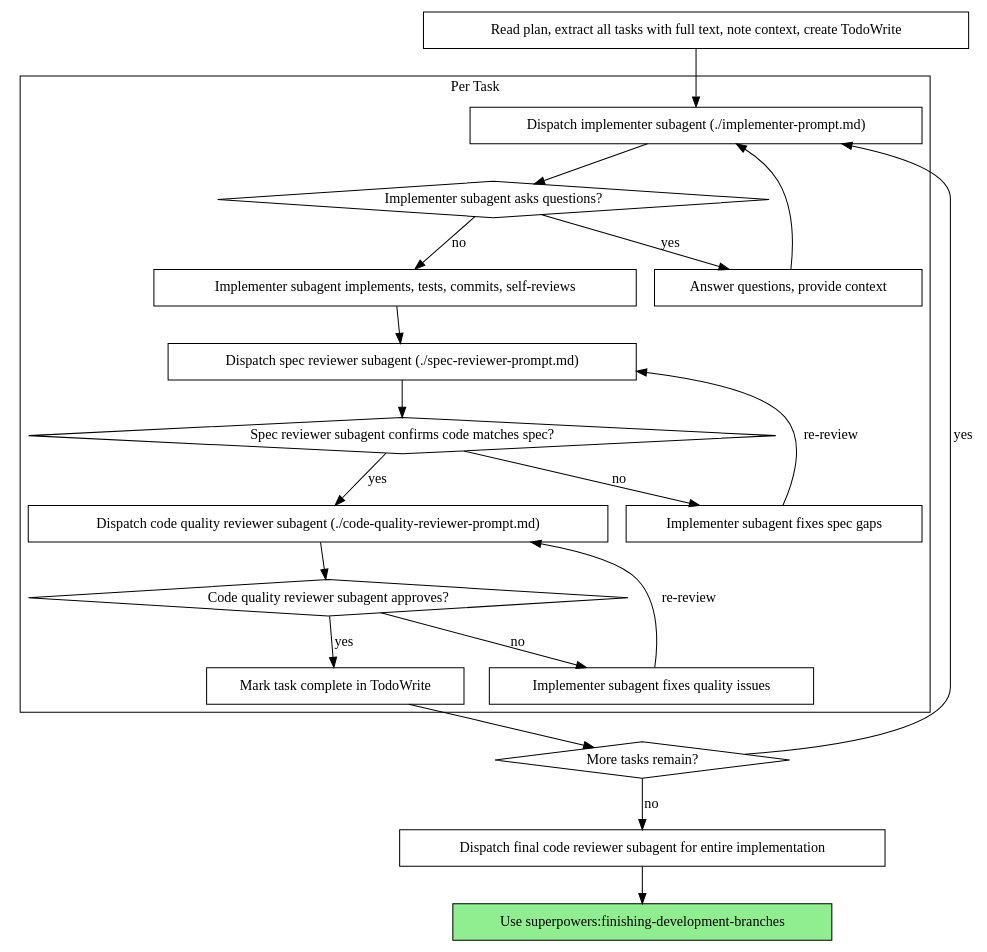
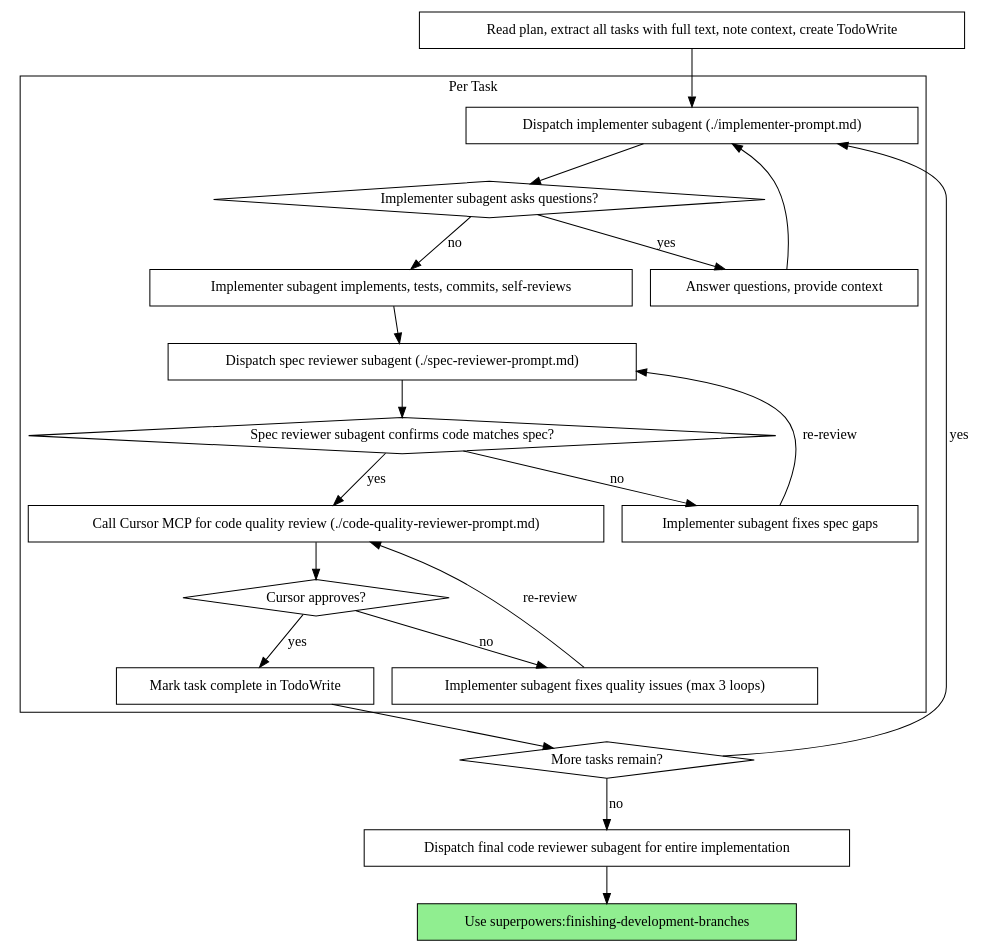
Before and after one commit to sitien173/refract: the second of 2 diagrams in plugin/skills/developing-with-subagents/SKILL.md, drawn with Graphviz. The commit also changed other lines of this file and 12 other files, not shown here.

First line of the commit message:
feat: integrate Cursor as universal code quality layer

````diff
--- a/plugin/skills/developing-with-subagents/SKILL.md
+++ b/plugin/skills/developing-with-subagents/SKILL.md
@@ -85,44 +85,44 @@
 ```dot
 digraph process {
     rankdir=TB;
 
     subgraph cluster_per_task {
         label="Per Task";
         "Dispatch implementer subagent (./implementer-prompt.md)" [shape=box];
         "Implementer subagent asks questions?" [shape=diamond];
         "Answer questions, provide context" [shape=box];
         "Implementer subagent implements, tests, commits, self-reviews" [shape=box];
         "Dispatch spec reviewer subagent (./spec-reviewer-prompt.md)" [shape=box];
         "Spec reviewer subagent confirms code matches spec?" [shape=diamond];
         "Implementer subagent fixes spec gaps" [shape=box];
-        "Dispatch code quality reviewer subagent (./code-quality-reviewer-prompt.md)" [shape=box];
-        "Code quality reviewer subagent approves?" [shape=diamond];
-        "Implementer subagent fixes quality issues" [shape=box];
+        "Call Cursor MCP for code quality review (./code-quality-reviewer-prompt.md)" [shape=box];
+        "Cursor approves?" [shape=diamond];
+        "Implementer subagent fixes quality issues (max 3 loops)" [shape=box];
         "Mark task complete in TodoWrite" [shape=box];
     }
 
     "Read plan, extract all tasks with full text, note context, create TodoWrite" [shape=box];
     "More tasks remain?" [shape=diamond];
     "Dispatch final code reviewer subagent for entire implementation" [shape=box];
     "Use superpowers:finishing-development-branches" [shape=box style=filled fillcolor=lightgreen];
 
     "Read plan, extract all tasks with full text, note context, create TodoWrite" -> "Dispatch implementer subagent (./implementer-prompt.md)";
     "Dispatch implementer subagent (./implementer-prompt.md)" -> "Implementer subagent asks questions?";
     "Implementer subagent asks questions?" -> "Answer questions, provide context" [label="yes"];
     "Answer questions, provide context" -> "Dispatch implementer subagent (./implementer-prompt.md)";
     "Implementer subagent asks questions?" -> "Implementer subagent implements, tests, commits, self-reviews" [label="no"];
     "Implementer subagent implements, tests, commits, self-reviews" -> "Dispatch spec reviewer subagent (./spec-reviewer-prompt.md)";
     "Dispatch spec reviewer subagent (./spec-reviewer-prompt.md)" -> "Spec reviewer subagent confirms code matches spec?";
     "Spec reviewer subagent confirms code matches spec?" -> "Implementer subagent fixes spec gaps" [label="no"];
     "Implementer subagent fixes spec gaps" -> "Dispatch spec reviewer subagent (./spec-reviewer-prompt.md)" [label="re-review"];
-    "Spec reviewer subagent confirms code matches spec?" -> "Dispatch code quality reviewer subagent (./code-quality-reviewer-prompt.md)" [label="yes"];
-    "Dispatch code quality reviewer subagent (./code-quality-reviewer-prompt.md)" -> "Code quality reviewer subagent approves?";
-    "Code quality reviewer subagent approves?" -> "Implementer subagent fixes quality issues" [label="no"];
-    "Implementer subagent fixes quality issues" -> "Dispatch code quality reviewer subagent (./code-quality-reviewer-prompt.md)" [label="re-review"];
-    "Code quality reviewer subagent approves?" -> "Mark task complete in TodoWrite" [label="yes"];
+    "Spec reviewer subagent confirms code matches spec?" -> "Call Cursor MCP for code quality review (./code-quality-reviewer-prompt.md)" [label="yes"];
+    "Call Cursor MCP for code quality review (./code-quality-reviewer-prompt.md)" -> "Cursor approves?";
+    "Cursor approves?" -> "Implementer subagent fixes quality issues (max 3 loops)" [label="no"];
+    "Implementer subagent fixes quality issues (max 3 loops)" -> "Call Cursor MCP for code quality review (./code-quality-reviewer-prompt.md)" [label="re-review"];
+    "Cursor approves?" -> "Mark task complete in TodoWrite" [label="yes"];
     "Mark task complete in TodoWrite" -> "More tasks remain?";
     "More tasks remain?" -> "Dispatch implementer subagent (./implementer-prompt.md)" [label="yes"];
     "More tasks remain?" -> "Dispatch final code reviewer subagent for entire implementation" [label="no"];
     "Dispatch final code reviewer subagent for entire implementation" -> "Use superpowers:finishing-development-branches";
 }
 ```
````
